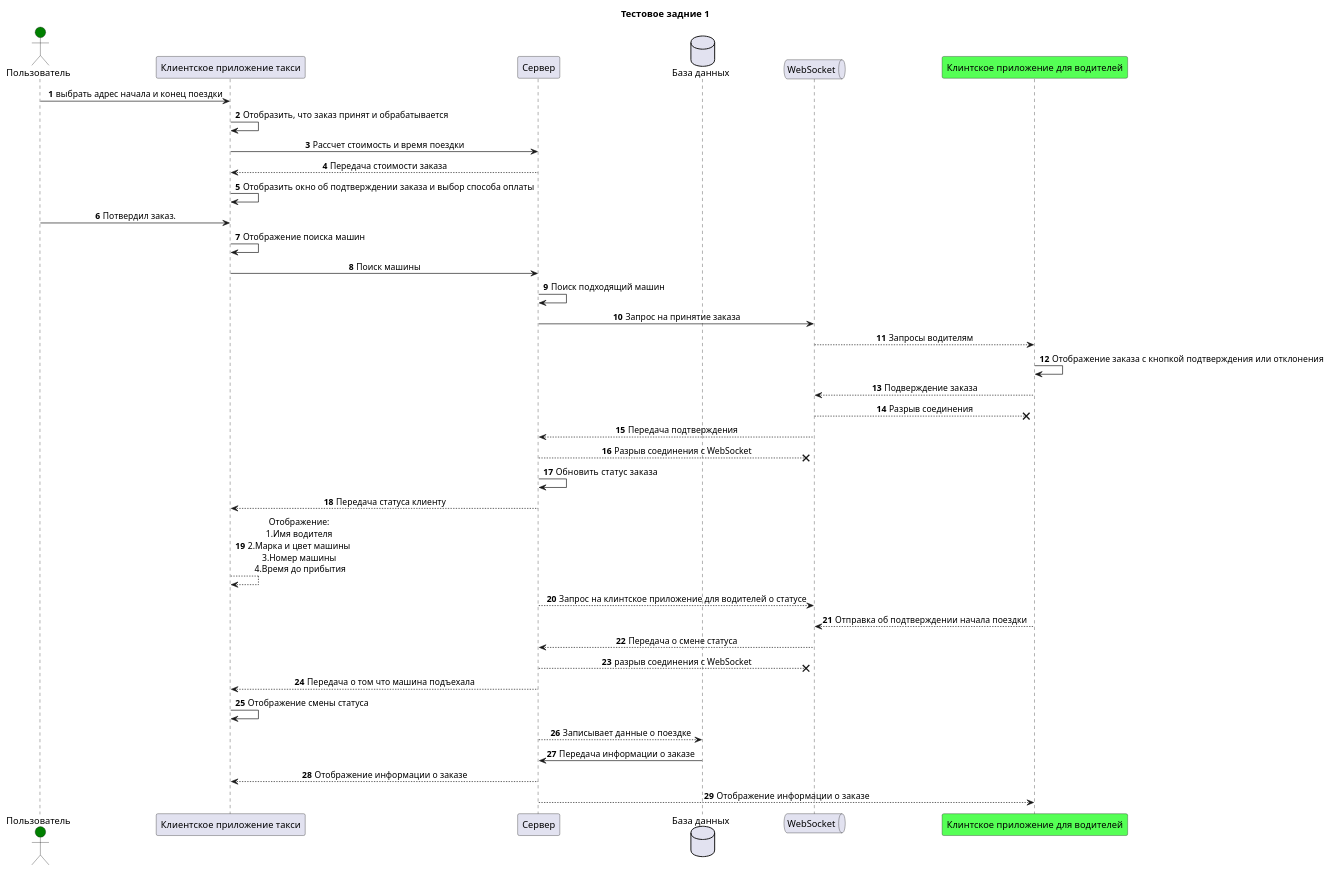
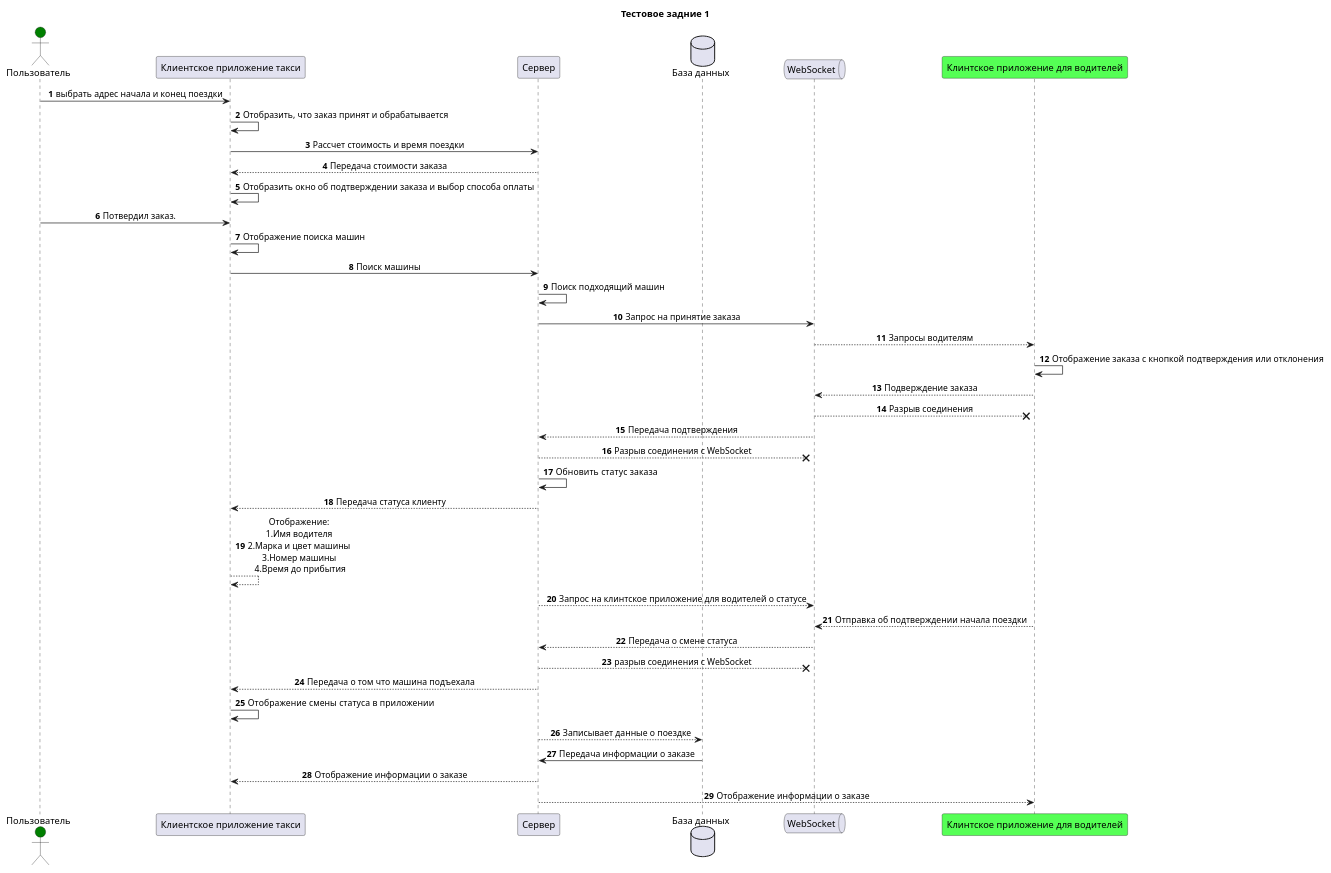
The diagram in sample.puml (pilligrim28/test), drawn with PlantUML before and after one commit.

Commit message:
Сделал первое тестовое

```diff
--- a/sample.puml
+++ b/sample.puml
@@ -1,60 +1,60 @@
 @startuml
 skinparam{
 Maxessagesize 200
 }
 skinparam sequence{
 ParticipantPadding 30
 MessageAlign center
 }
 title "Тестовое задние 1"
 Actor "Пользователь" as User  #green
 participant "Клиентское приложение такси" as Taxi
 participant "Сервер" as Server order 5
 participant "Клинтское приложение для водителей" as Driver order 30 #5f5
 database "База данных" as db order 10
 queue "WebSocket" as br order 20
 autonumber
 User -> Taxi: выбрать адрес начала и конец поездки
 Taxi -> Taxi: Отобразить, что заказ принят и обрабатывается
 Taxi -> Server: Рассчет стоимость и время поездки
 Server --> Taxi: Передача стоимости заказа
 
 Taxi-> Taxi: Отобразить окно об подтверждении заказа и выбор способа оплаты
 User -> Taxi: Потвердил заказ.
 Taxi -> Taxi: Отображение поиска машин
 Taxi-> Server: Поиск машины
 
 Server-> Server: Поиск подходящий машин
 
 
 Server -> br: Запрос на принятие заказа
 br --> Driver: Запросы водителям
 Driver-> Driver: Отображение заказа с кнопкой подтверждения или отклонения
 
 Driver --> br: Подверждение заказа
 br--x Driver: Разрыв соединения
 br--> Server: Передача подтверждения
 Server--x br: Разрыв соединения с WebSocket
 Server -> Server: Обновить  статус заказа
 Server-->Taxi: Передача статуса клиенту
 Taxi --> Taxi : Отображение: \n1.Имя водителя \n2.Марка и цвет машины \n3.Номер машины \n4.Время до прибытия
 Server --> br : Запрос на клинтское приложение для водителей о статусе
 
 Driver--> br: Отправка об подтверждении начала поездки
 br --> Server : Передача о смене статуса
 Server --x br : разрыв соединения с WebSocket
 Server --> Taxi : Передача о том что машина подъехала
-Taxi -> Taxi : Отображение смены статуса
+Taxi -> Taxi : Отображение смены статуса  в приложении
 
 Server --> db: Записывает данные о поездке
 db ->Server: Передача информации о заказе
 Server --> Taxi : Отображение информации о заказе
 Server --> Driver: Отображение информации о заказе
 
 
 
 
 
 
 
 @enduml
```
